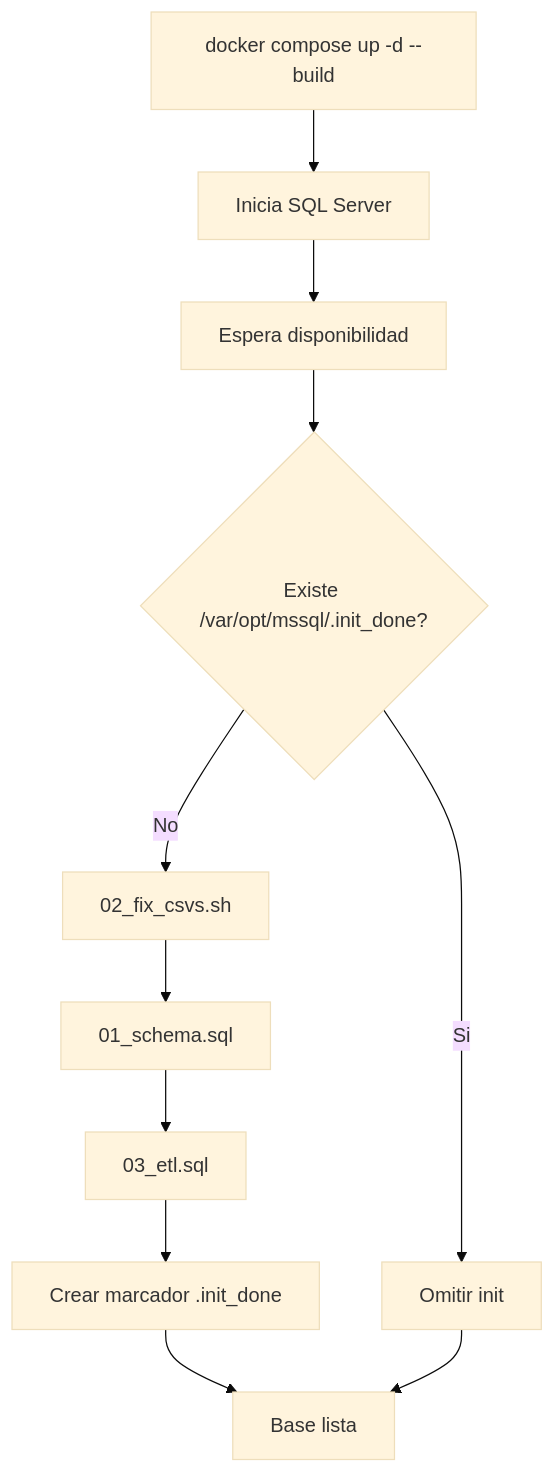
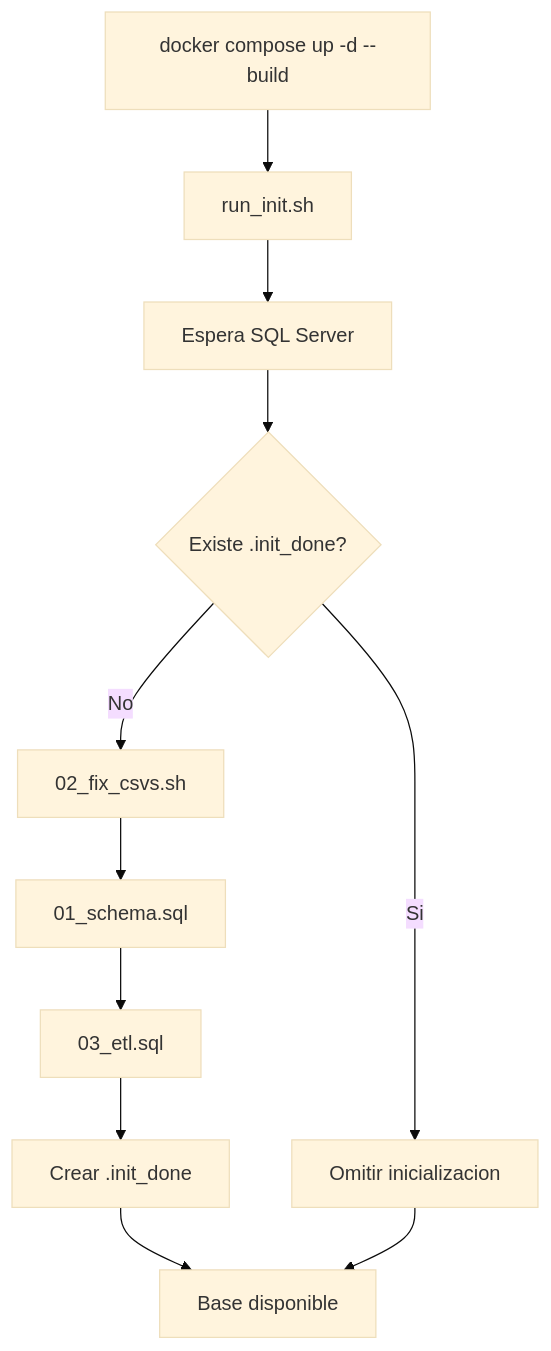
Before and after one commit to Ennero/bases2_proyecto1: the second of 2 diagrams in docs/manualtecnico.md, drawn with Mermaid (base theme). The commit also changed other lines of this file and 1 other file, not shown here.

````diff
--- a/docs/manualtecnico.md
+++ b/docs/manualtecnico.md
@@ -176,13 +199,13 @@
 ```mermaid
 flowchart TD
-  A["docker compose up -d --build"] --> B["Inicia SQL Server"]
-  B --> C["Espera disponibilidad"]
-  C --> D{"Existe /var/opt/mssql/.init_done?"}
+  A["docker compose up -d --build"] --> B["run_init.sh"]
+  B --> C["Espera SQL Server"]
+  C --> D{"Existe .init_done?"}
   D -- No --> E["02_fix_csvs.sh"]
   E --> F["01_schema.sql"]
   F --> G["03_etl.sql"]
-  G --> H["Crear marcador .init_done"]
-  D -- Si --> I["Omitir init"]
-  H --> J["Base lista"]
+  G --> H["Crear .init_done"]
+  D -- Si --> I["Omitir inicializacion"]
+  H --> J["Base disponible"]
   I --> J
 ```
````
